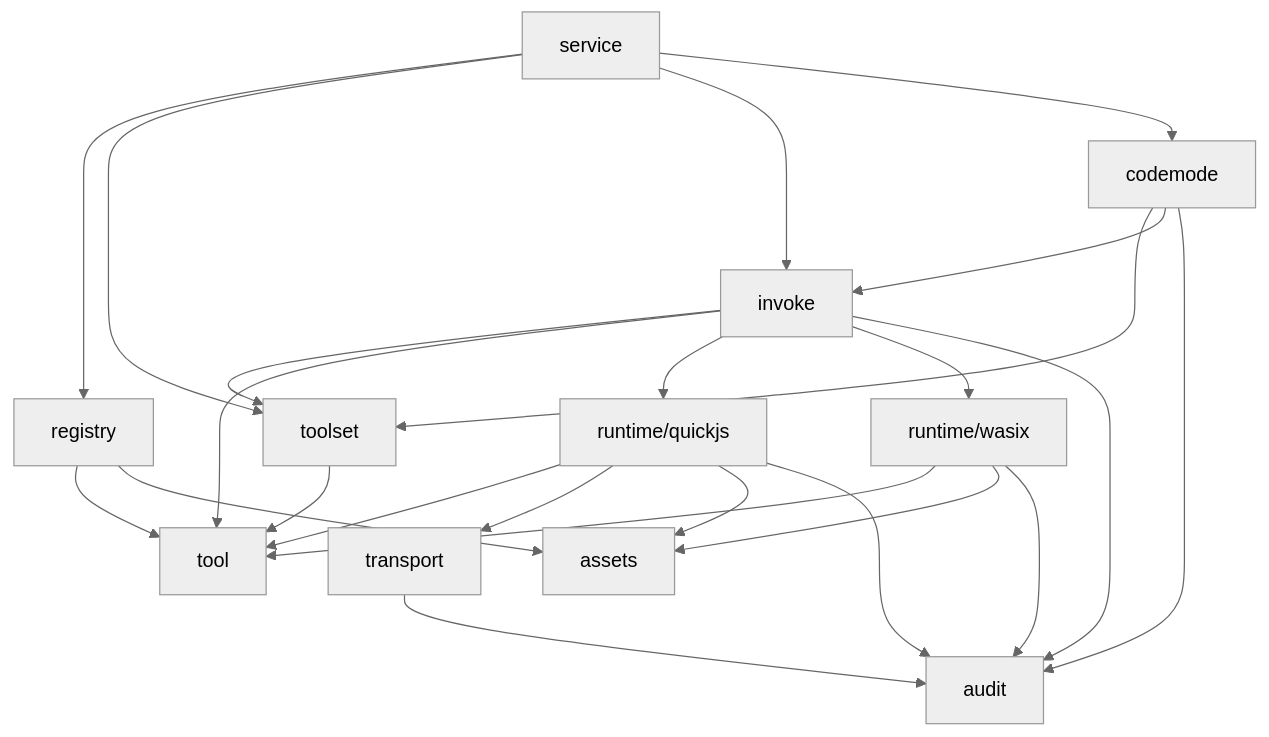
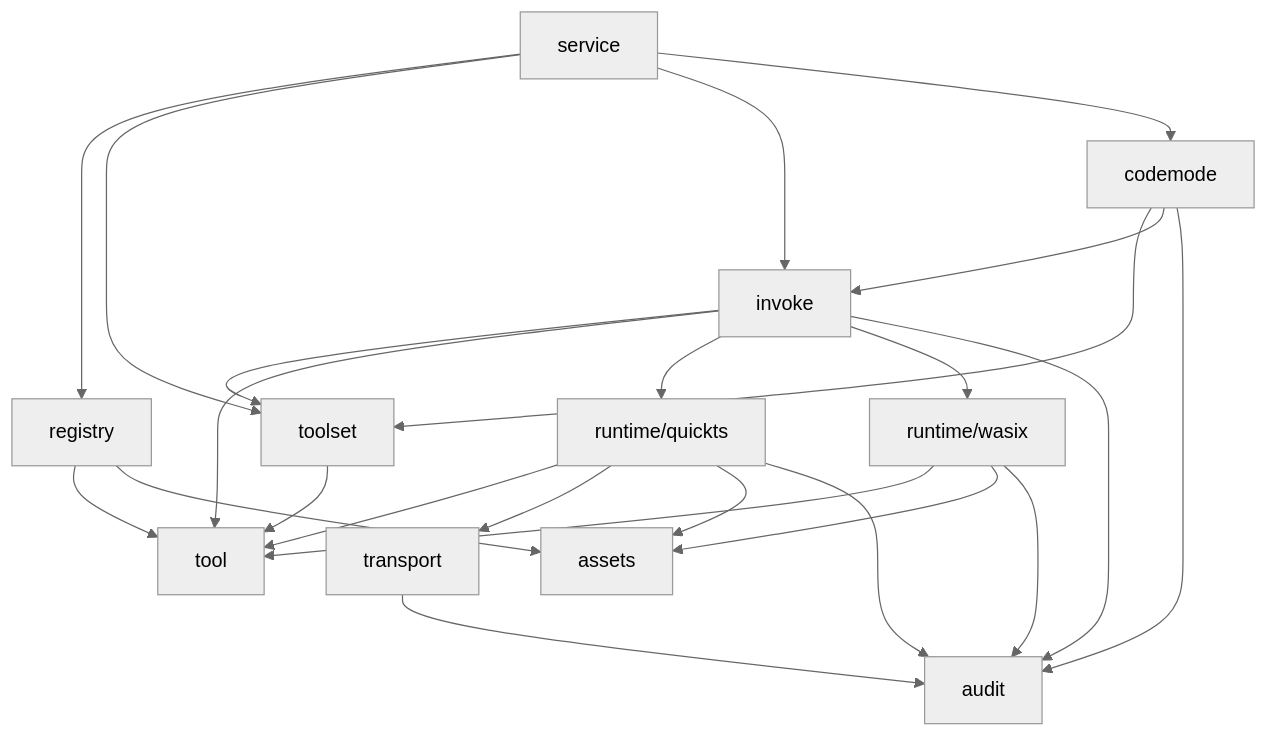
One commit to solidarity-ai/toolbox changed the diagram in docs/architecture.md. Above: the diagram before and after it, drawn with Mermaid (neutral theme). The commit also changed other lines of this file and 12 other files, not shown here.

````diff
--- a/docs/architecture.md
+++ b/docs/architecture.md
@@ -27,37 +27,37 @@
 ```mermaid
 flowchart TD
   T[tool]
   A[audit]
   AS[assets]
 
   R[registry] --> T
   R --> AS
 
   TS[toolset] --> T
 
   TR[transport] --> A
 
-  Q[runtime/quickjs] --> T
+  Q[runtime/quickts] --> T
   Q --> TR
   Q --> AS
   Q --> A
 
   W[runtime/wasix] --> T
   W --> AS
   W --> A
 
   I[invoke] --> TS
   I --> T
   I --> Q
   I --> W
   I --> A
 
   C[codemode] --> TS
   C --> I
   C --> A
 
   S[service] --> R
   S --> TS
   S --> I
   S --> C
 ```
````
